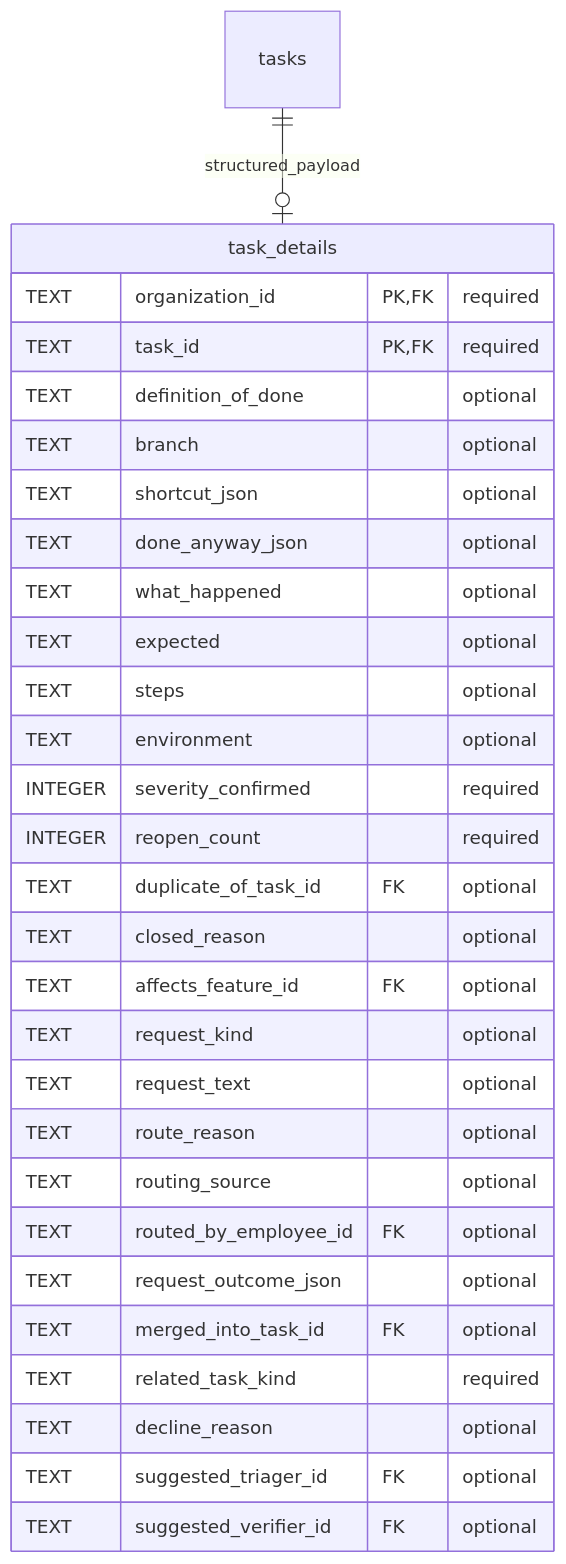
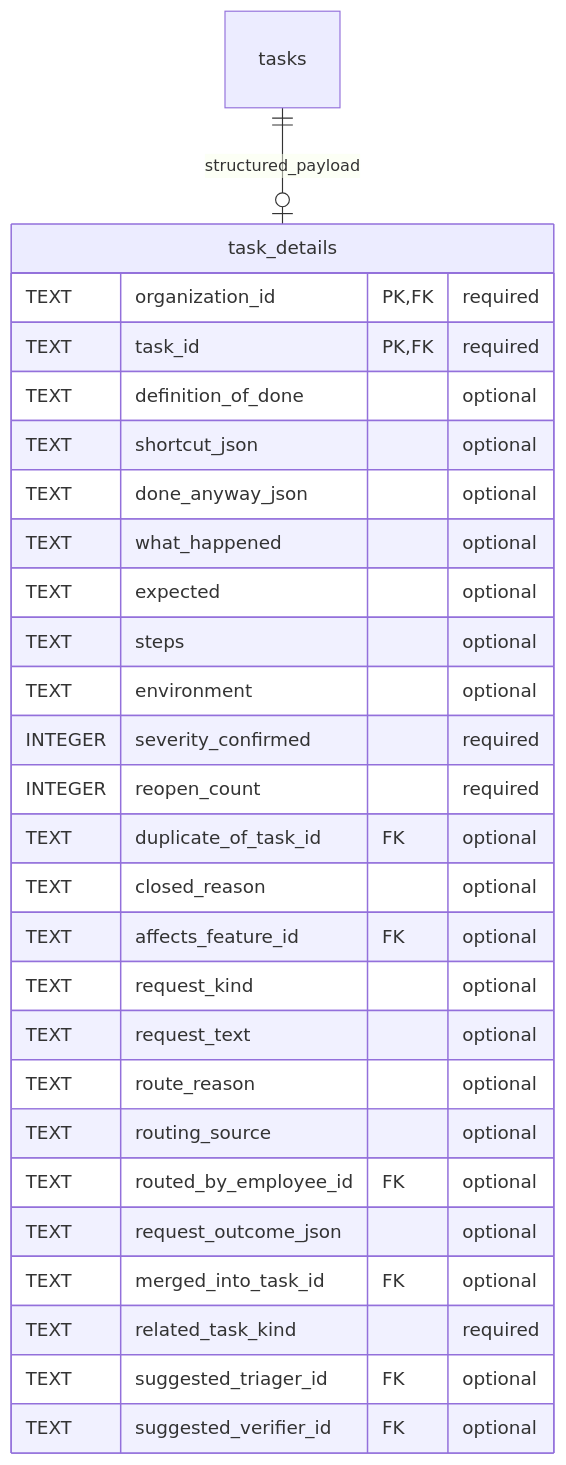
Before and after one commit to vgmello/agentic-org: the third of 3 diagrams in docs/design/organization-data/03-features-and-work.md, drawn with Mermaid. The commit also changed other lines of this file and 10 other files, not shown here.

Commit message:
fix(data-model): tighten secondary schema constraints, private-notes integrity, and task/worktree redundancies (TASK-8)

````diff
--- a/docs/design/organization-data/03-features-and-work.md
+++ b/docs/design/organization-data/03-features-and-work.md
@@ -489,32 +487,30 @@
 ```mermaid
 erDiagram
     tasks ||--o| task_details : structured_payload
     task_details {
         TEXT organization_id PK, FK "required"
         TEXT task_id PK, FK "required"
         TEXT definition_of_done "optional"
-        TEXT branch "optional"
         TEXT shortcut_json "optional"
         TEXT done_anyway_json "optional"
         TEXT what_happened "optional"
         TEXT expected "optional"
         TEXT steps "optional"
         TEXT environment "optional"
         INTEGER severity_confirmed "required"
         INTEGER reopen_count "required"
         TEXT duplicate_of_task_id FK "optional"
         TEXT closed_reason "optional"
         TEXT affects_feature_id FK "optional"
         TEXT request_kind "optional"
         TEXT request_text "optional"
         TEXT route_reason "optional"
         TEXT routing_source "optional"
         TEXT routed_by_employee_id FK "optional"
         TEXT request_outcome_json "optional"
         TEXT merged_into_task_id FK "optional"
         TEXT related_task_kind "required"
-        TEXT decline_reason "optional"
         TEXT suggested_triager_id FK "optional"
         TEXT suggested_verifier_id FK "optional"
     }
 ```
````
